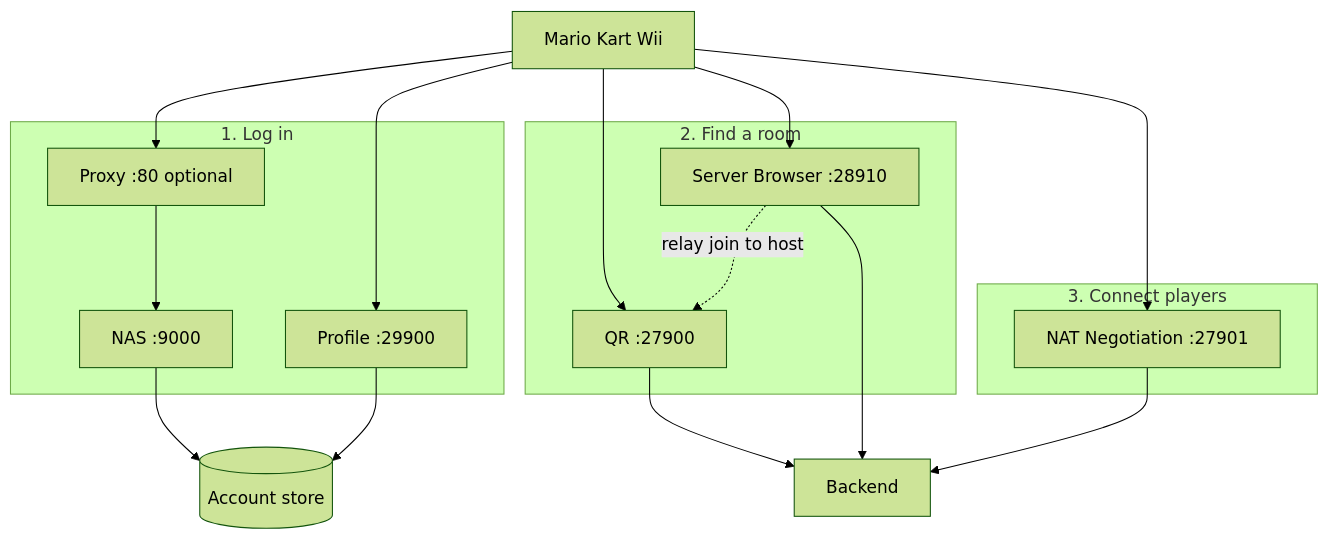
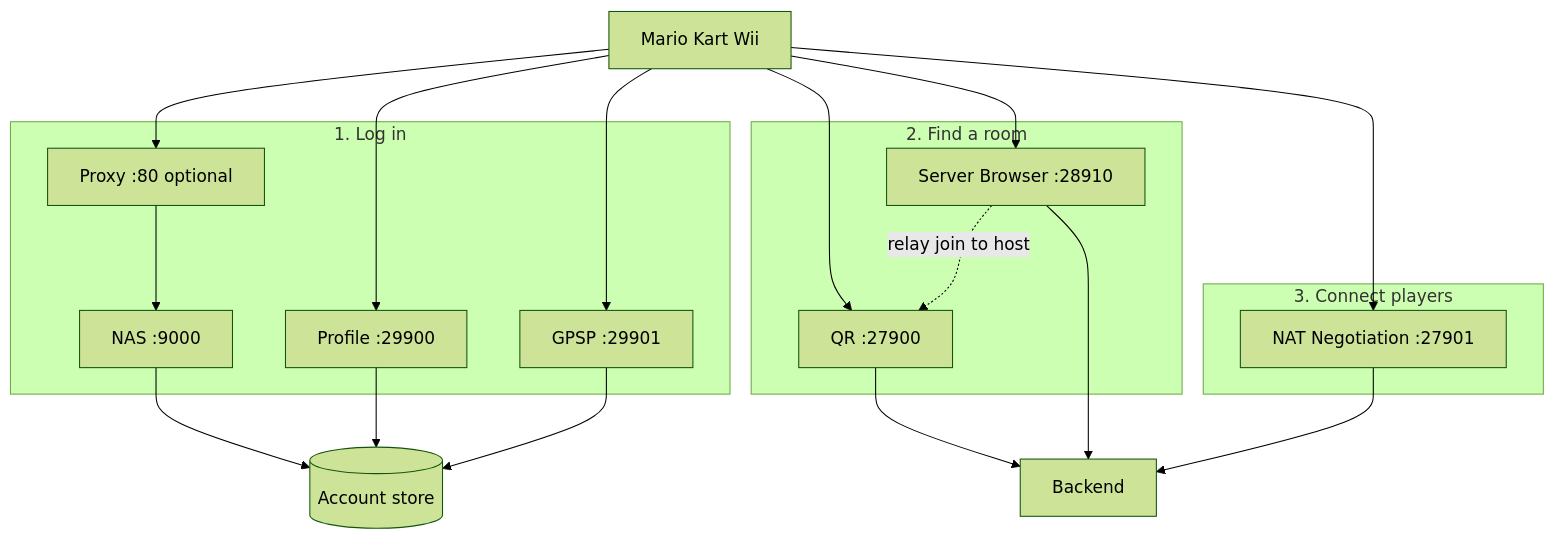
Before and after one commit to IrishBruseForks/mkw-dwc: the diagram in docs/architecture/README.md, drawn with Mermaid (forest theme). The commit also changed other lines of this file and 13 other files, not shown here.

````diff
--- a/docs/architecture/README.md
+++ b/docs/architecture/README.md
@@ -47,35 +51,38 @@
 ```mermaid
 flowchart TB
     Wii[Mario Kart Wii]
 
     subgraph login [1. Log in]
         Proxy[Proxy :80 optional]
         NAS[NAS :9000]
         Profile[Profile :29900]
+        GPSP[GPSP :29901]
     end
 
     subgraph match [2. Find a room]
         QR[QR :27900]
         Browser[Server Browser :28910]
     end
 
     subgraph connect [3. Connect players]
         NatNeg[NAT Negotiation :27901]
     end
 
     Store[(Account store)]
     Board[Backend]
 
     Wii --> Proxy --> NAS
     Wii --> Profile
+    Wii --> GPSP
     Wii --> QR
     Wii --> Browser
     Wii --> NatNeg
 
     NAS --> Store
     Profile --> Store
+    GPSP --> Store
     QR --> Board
     Browser --> Board
     Browser -.->|relay join to host| QR
     NatNeg --> Board
 ```
````
